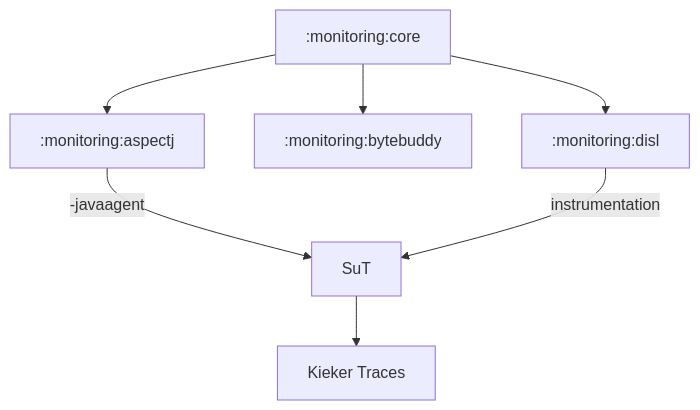
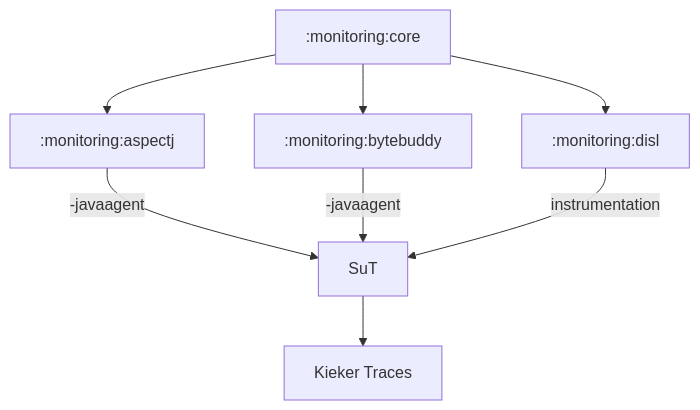
The diagram in monitoring/README.md (kieker-monitoring/kieker), drawn with Mermaid before and after one commit.

````diff
--- a/monitoring/README.md
+++ b/monitoring/README.md
@@ -10,9 +10,10 @@
 ```mermaid
 graph TD;
 	:monitoring:core-->:monitoring:aspectj;
 	:monitoring:core-->:monitoring:bytebuddy;
 	:monitoring:core-->:monitoring:disl;
 	:monitoring:aspectj-- -javaagent -->SuT;
+	:monitoring:bytebuddy-- -javaagent -->SuT;
 	:monitoring:disl-- instrumentation -->SuT;
 	SuT-->id1[Kieker Traces];
 ```
````
